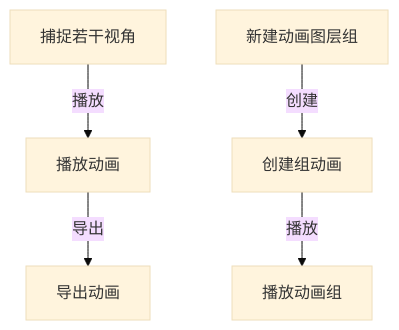
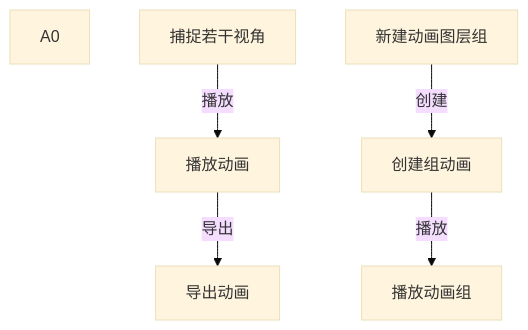
Before and after one commit to newguser/iodraw-files: the diagram in all/未命名.md, drawn with Mermaid (base theme).

Commit message:
2025-02-27 22:02:51 update

````diff
--- a/all/未命名.md
+++ b/all/未命名.md
@@ -1,10 +1,10 @@
 ```mermaid
 graph TD
-
+        A0
         A[捕捉若干视角] -->|播放| B[播放动画]
         B -->|导出| C[导出动画]
 
         D[新建动画图层组] -->|创建| E[创建组动画]
         E -->|播放| F[播放动画组]
 
 ```
````
